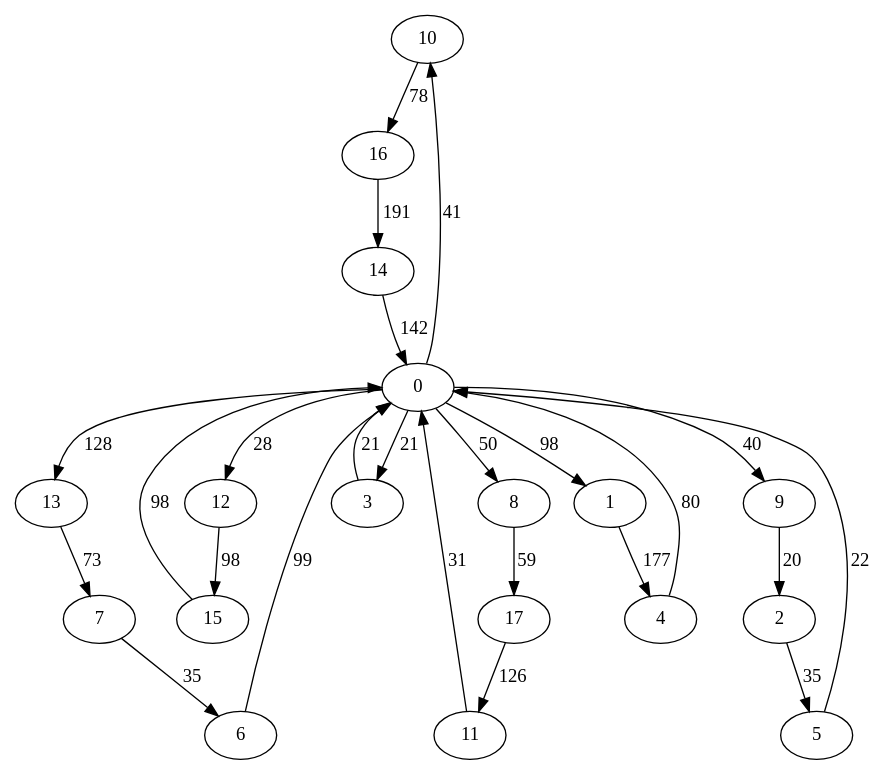
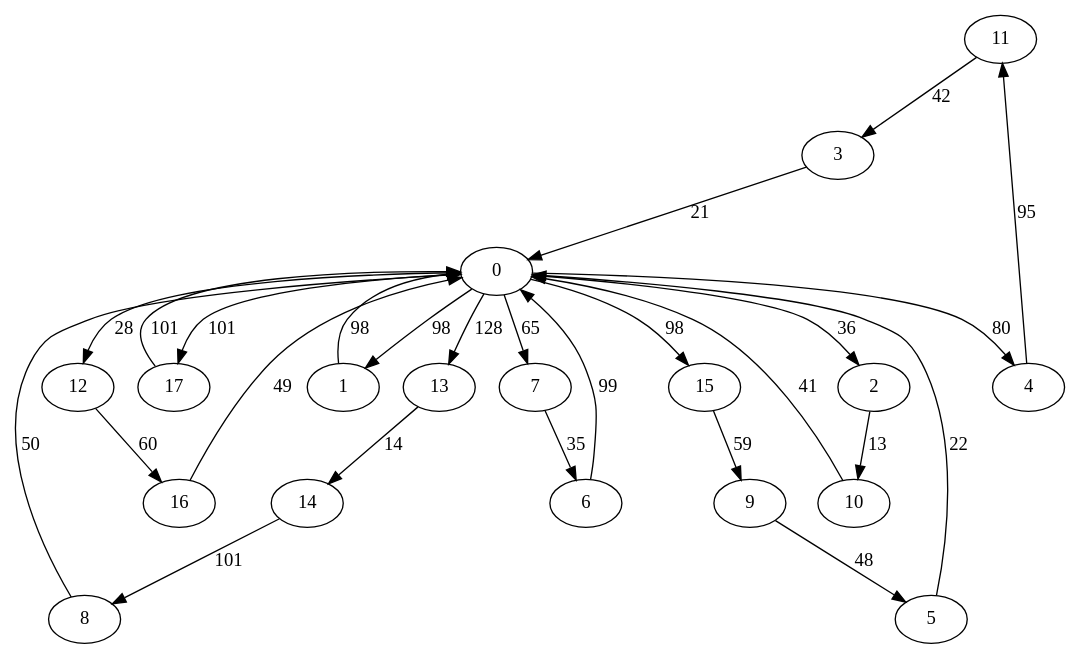
One commit to akosej/vehicle_routing changed the diagram in grafos/iteration3.dot. Above: the diagram before and after it, drawn with Graphviz. The commit also changed 9 other files, not shown here.

```diff
--- a/grafos/iteration3.dot
+++ b/grafos/iteration3.dot
@@ -1,45 +1,46 @@
 digraph G {
-	10->16[ label=78 ];
-	8->17[ label=59 ];
-	12->15[ label=98 ];
-	16->14[ label=191 ];
+	11->3[ label=42 ];
+	13->14[ label=14 ];
+	1->0[ label=98 ];
+	3->0[ label=21 ];
+	8->0[ label=50 ];
+	12->16[ label=60 ];
+	0->4[ label=80 ];
+	0->13[ label=128 ];
+	0->1[ label=98 ];
+	0->12[ label=28 ];
+	0->17[ label=101 ];
+	0->7[ label=65 ];
+	0->2[ label=36 ];
+	0->15[ label=98 ];
+	7->6[ label=35 ];
 	6->0[ label=99 ];
-	17->11[ label=126 ];
+	15->9[ label=59 ];
 	5->0[ label=22 ];
-	2->5[ label=35 ];
-	0->12[ label=28 ];
-	0->3[ label=21 ];
-	0->1[ label=98 ];
-	0->10[ label=41 ];
-	0->13[ label=128 ];
-	0->8[ label=50 ];
-	0->9[ label=40 ];
-	4->0[ label=80 ];
-	11->0[ label=31 ];
-	9->2[ label=20 ];
-	15->0[ label=98 ];
-	3->0[ label=21 ];
-	1->4[ label=177 ];
-	14->0[ label=142 ];
-	13->7[ label=73 ];
-	7->6[ label=35 ];
+	2->10[ label=13 ];
+	10->0[ label=41 ];
+	14->8[ label=101 ];
+	16->0[ label=49 ];
+	9->5[ label=48 ];
+	4->11[ label=95 ];
+	17->0[ label=101 ];
 	0 [ label=0 ];
 	1 [ label=1 ];
 	10 [ label=10 ];
 	11 [ label=11 ];
 	12 [ label=12 ];
 	13 [ label=13 ];
 	14 [ label=14 ];
 	15 [ label=15 ];
 	16 [ label=16 ];
 	17 [ label=17 ];
 	2 [ label=2 ];
 	3 [ label=3 ];
 	4 [ label=4 ];
 	5 [ label=5 ];
 	6 [ label=6 ];
 	7 [ label=7 ];
 	8 [ label=8 ];
 	9 [ label=9 ];
 
 }
```
